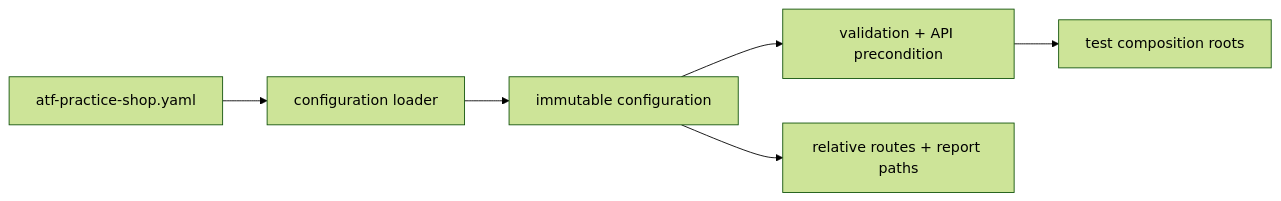
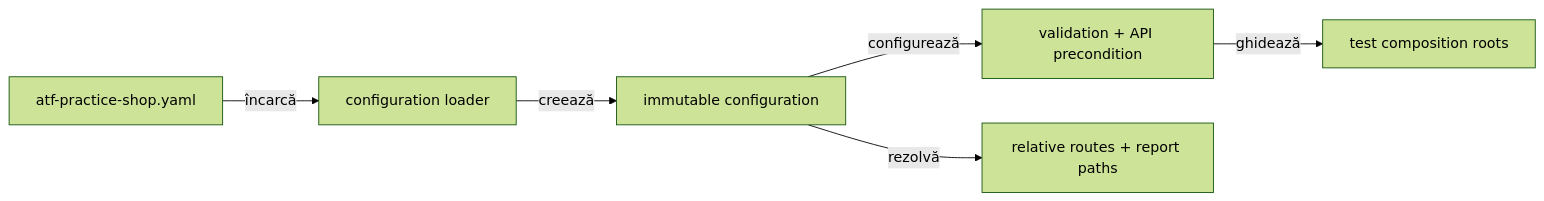
Before and after one commit to crististefanita/demo2: the fourth of 8 diagrams in atf-test-practice-shop/README.md, drawn with Mermaid (forest theme). The commit also changed other lines of this file and 102 other files, not shown here.

````diff
--- a/atf-test-practice-shop/README.md
+++ b/atf-test-practice-shop/README.md
@@ -168,8 +168,8 @@
 ```mermaid
 flowchart LR
-    Yaml["atf-practice-shop.yaml"] --> Loader["configuration loader"]
-    Loader --> Snapshot["immutable configuration"]
-    Snapshot --> Policy["validation + API precondition"]
-    Snapshot --> Paths["relative routes + report paths"]
-    Policy --> Roots["test composition roots"]
+    Yaml["atf-practice-shop.yaml"] -->|încarcă| Loader["configuration loader"]
+    Loader -->|creează| Snapshot["immutable configuration"]
+    Snapshot -->|configurează| Policy["validation + API precondition"]
+    Snapshot -->|rezolvă| Paths["relative routes + report paths"]
+    Policy -->|ghidează| Roots["test composition roots"]
 ```
````
